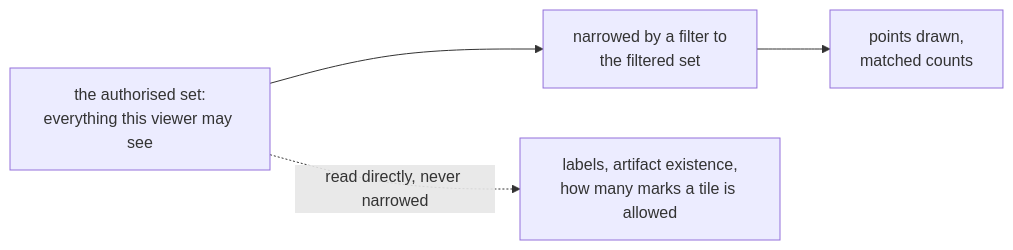
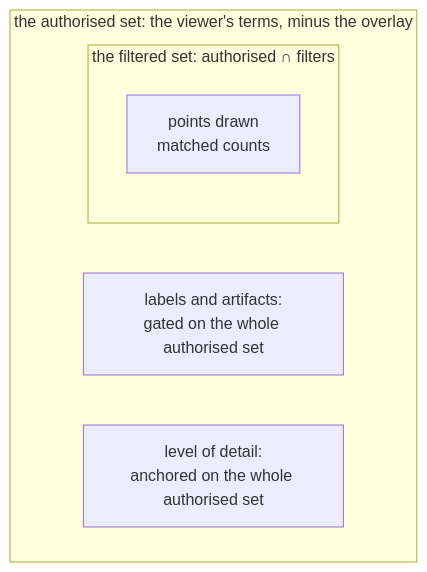
One commit to jennis0/tesseradb changed the second of 3 diagrams in docs/system/queries.md. Above: the diagram before and after it, drawn with Mermaid. The commit also changed other lines of this file, not shown here.

Commit message:
docs(system): queries: diagrams redrawn; one antithesis removed

````diff
--- a/docs/system/queries.md
+++ b/docs/system/queries.md
@@ -78,6 +86,10 @@
 ```mermaid
-flowchart LR
-  auth["the authorised set:<br/>everything this viewer may see"] --> filt["narrowed by a filter to<br/>the filtered set"]
-  auth -.->|read directly, never narrowed| gate["labels, artifact existence,<br/>how many marks a tile is allowed"]
-  filt --> draw["points drawn,<br/>matched counts"]
+flowchart TB
+  subgraph auth["the authorised set: the viewer's terms, minus the overlay"]
+    subgraph filt["the filtered set: authorised ∩ filters"]
+      pts["points drawn<br/>matched counts"]
+    end
+    lab["labels and artifacts:<br/>gated on the whole authorised set"]
+    lod["level of detail:<br/>anchored on the whole authorised set"]
+  end
 ```
````
